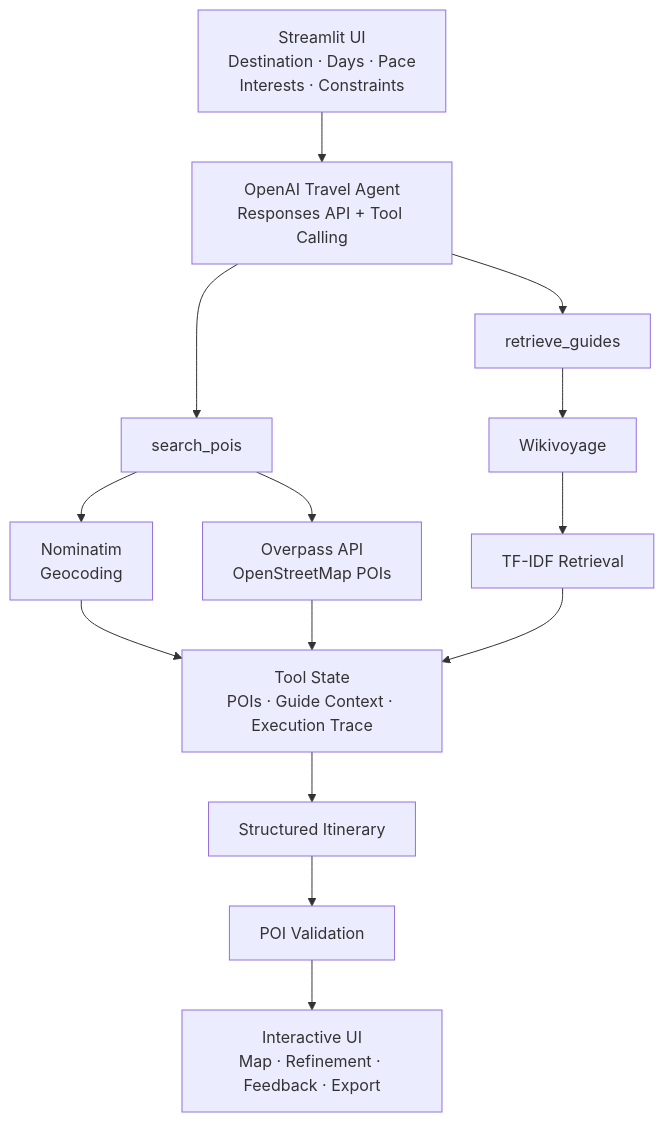
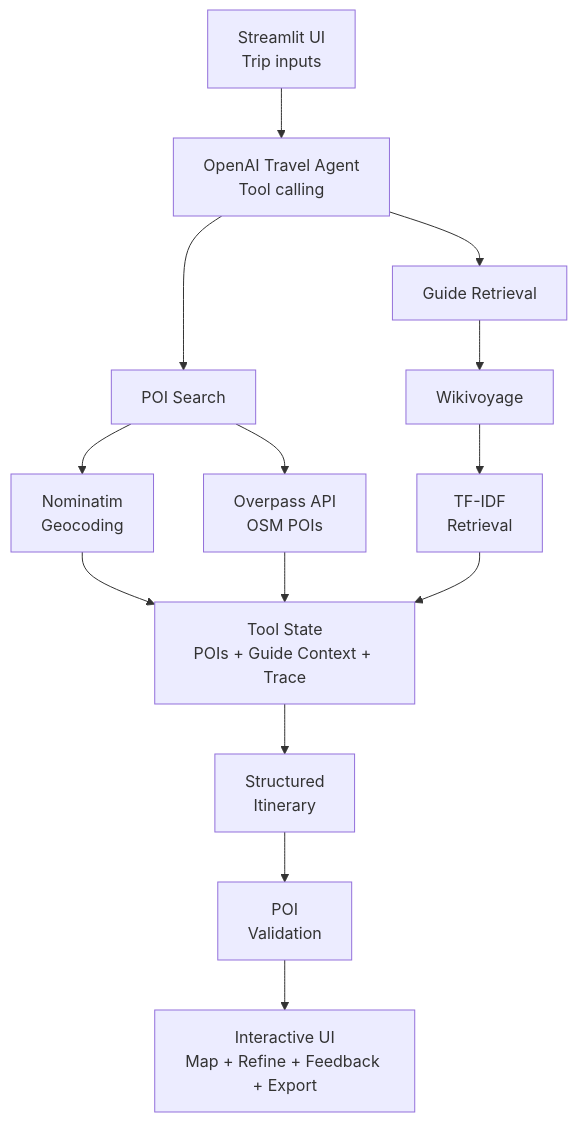
One commit to sdmad737/trip-agent changed the diagram in README.md. Above: the diagram before and after it, drawn with Mermaid. The commit also changed other lines of this file, not shown here.

Commit message:
Fixed README file

````diff
--- a/README.md
+++ b/README.md
@@ -45,38 +47,39 @@
 ```mermaid
 flowchart TD
-    A["Streamlit UI<br/>Destination · Days · Pace<br/>Interests · Constraints"]
-    B["OpenAI Travel Agent<br/>Responses API + Tool Calling"]
+    A["Streamlit UI<br/>Trip inputs"]
+    B["OpenAI Travel Agent<br/>Tool calling"]
 
-    C["search_pois"]
-    D["retrieve_guides"]
+    C["POI Search"]
+    D["Guide Retrieval"]
 
     E["Nominatim<br/>Geocoding"]
-    F["Overpass API<br/>OpenStreetMap POIs"]
+    F["Overpass API<br/>OSM POIs"]
 
     G["Wikivoyage"]
-    H["TF-IDF Retrieval"]
+    H["TF-IDF<br/>Retrieval"]
 
-    I["Tool State<br/>POIs · Guide Context · Execution Trace"]
-    J["Structured Itinerary"]
-    K["POI Validation"]
-    L["Interactive UI<br/>Map · Refinement · Feedback · Export"]
+    I["Tool State<br/>POIs + Guide Context + Trace"]
+
+    J["Structured<br/>Itinerary"]
+    K["POI<br/>Validation"]
+    L["Interactive UI<br/>Map + Refine + Feedback + Export"]
 
     A --> B
 
     B --> C
     B --> D
 
     C --> E
     C --> F
 
     D --> G
     G --> H
 
     E --> I
     F --> I
     H --> I
 
     I --> J
     J --> K
     K --> L
 ```
````
